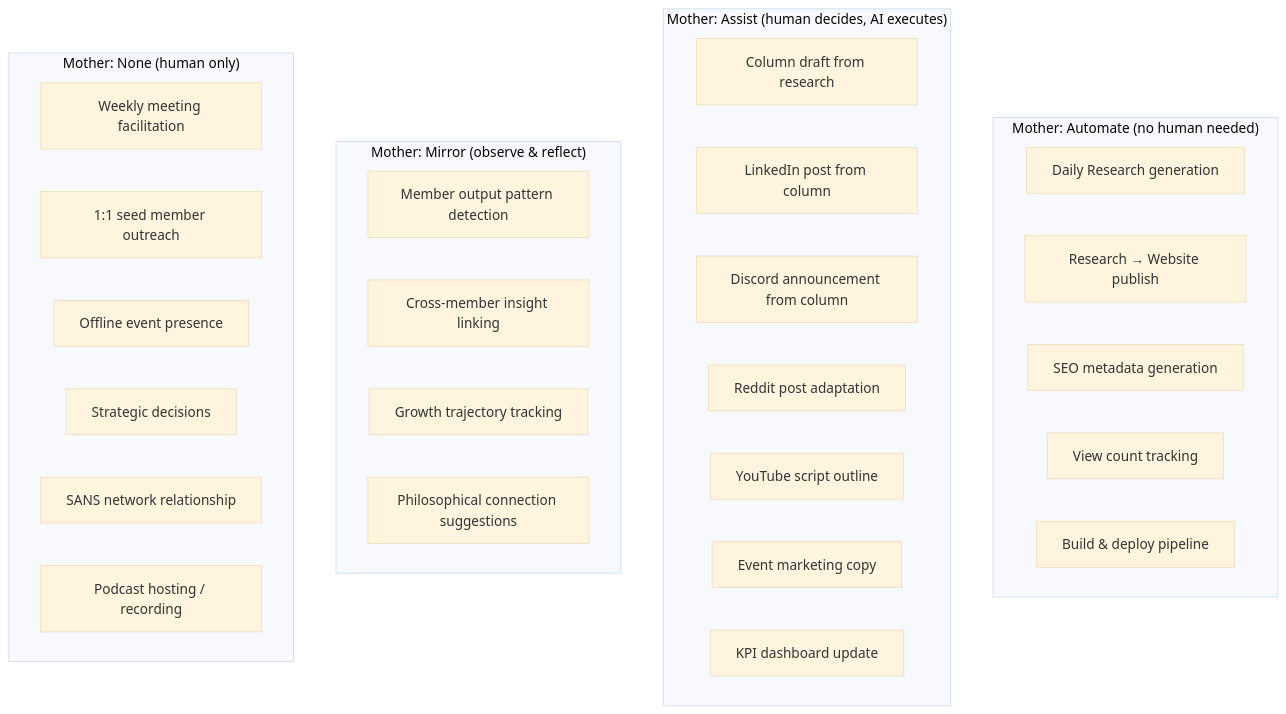
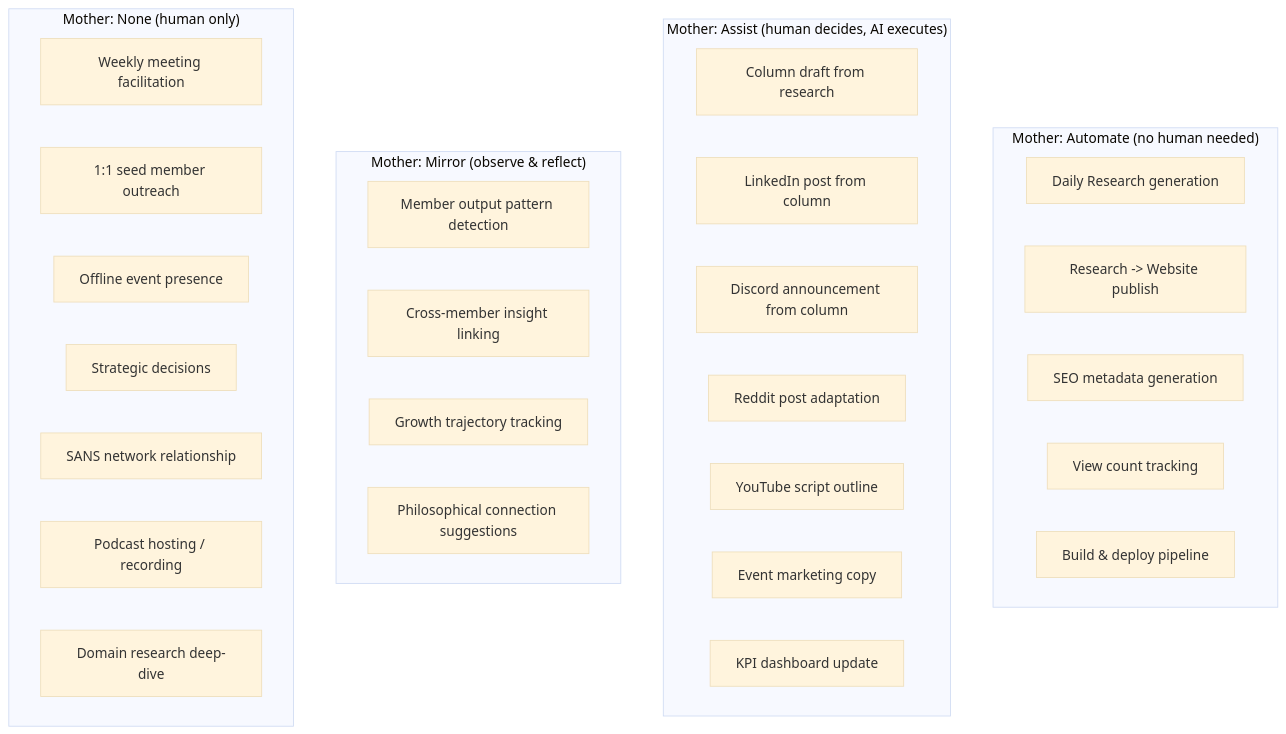
The fourth of 6 diagrams in products/hypeproof-workflow-2026Q2.md (JeHyeong2/hypeprooflab), drawn with Mermaid (base theme) before and after one commit. The commit also changed other lines of this file, not shown here.

````diff
--- a/products/hypeproof-workflow-2026Q2.md
+++ b/products/hypeproof-workflow-2026Q2.md
@@ -176,36 +216,37 @@
 ```mermaid
 flowchart TB
     subgraph AUTOMATE["Mother: Automate (no human needed)"]
         A1[Daily Research generation]
-        A2[Research → Website publish]
+        A2[Research -> Website publish]
         A3[SEO metadata generation]
         A4[View count tracking]
         A5[Build & deploy pipeline]
     end
 
     subgraph ASSIST["Mother: Assist (human decides, AI executes)"]
         B1[Column draft from research]
         B2[LinkedIn post from column]
         B3[Discord announcement from column]
         B4[Reddit post adaptation]
         B5[YouTube script outline]
         B6[Event marketing copy]
         B7[KPI dashboard update]
     end
 
     subgraph MIRROR["Mother: Mirror (observe & reflect)"]
         C1[Member output pattern detection]
         C2[Cross-member insight linking]
         C3[Growth trajectory tracking]
         C4[Philosophical connection suggestions]
     end
 
     subgraph NONE["Mother: None (human only)"]
         D1[Weekly meeting facilitation]
         D2[1:1 seed member outreach]
         D3[Offline event presence]
         D4[Strategic decisions]
         D5[SANS network relationship]
         D6[Podcast hosting / recording]
+        D7[Domain research deep-dive]
     end
 ```
````
